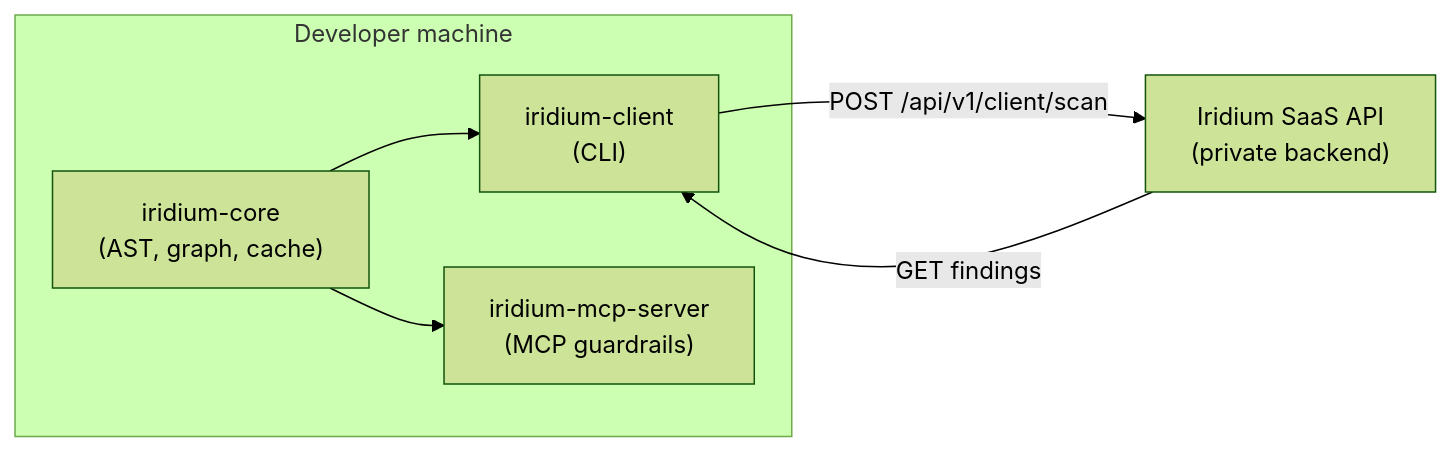
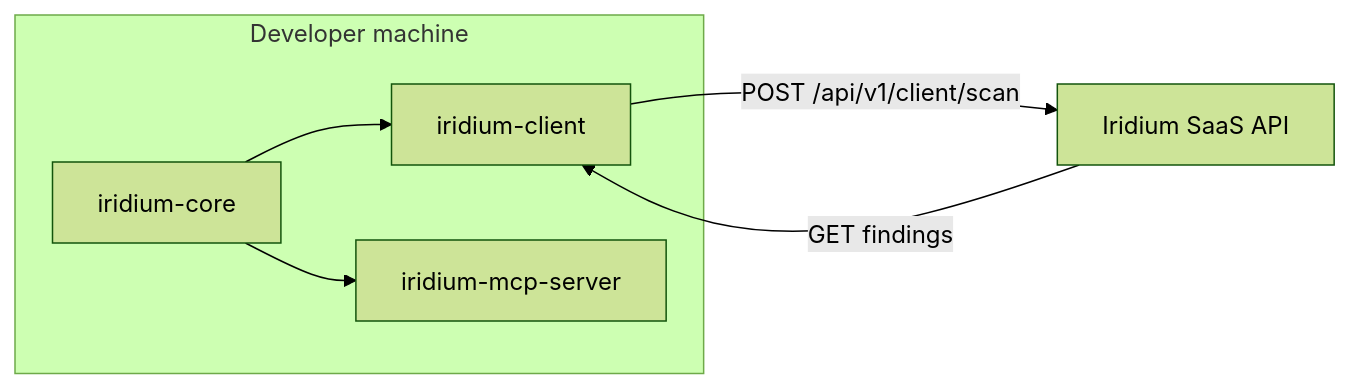
One commit to mziqudhd92/Iridium changed the diagram in README.md. Above: the diagram before and after it, drawn with Mermaid (forest theme). The commit also changed other lines of this file and 1 other file, not shown here.

````diff
--- a/README.md
+++ b/README.md
@@ -13,12 +75,12 @@
 ```mermaid
 flowchart LR
   subgraph local["Developer machine"]
-    core["iridium-core\n(AST, graph, cache)"]
-    client["iridium-client\n(CLI)"]
-    mcp["iridium-mcp-server\n(MCP guardrails)"]
+    core["iridium-core"]
+    client["iridium-client"]
+    mcp["iridium-mcp-server"]
     core --> client
     core --> mcp
   end
-  client -->|"POST /api/v1/client/scan"| api["Iridium SaaS API\n(private backend)"]
+  client -->|"POST /api/v1/client/scan"| api["Iridium SaaS API"]
   api -->|"GET findings"| client
 ```
````
